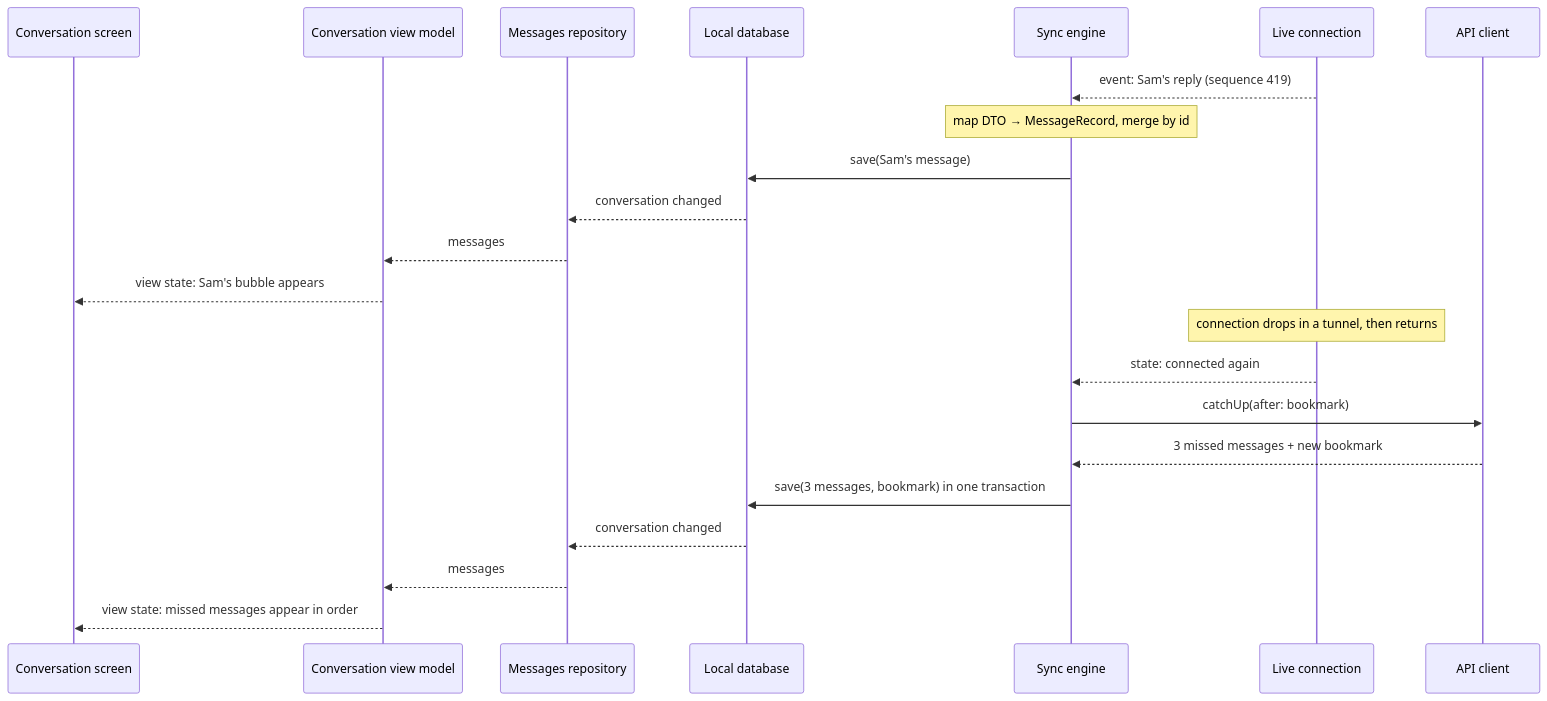
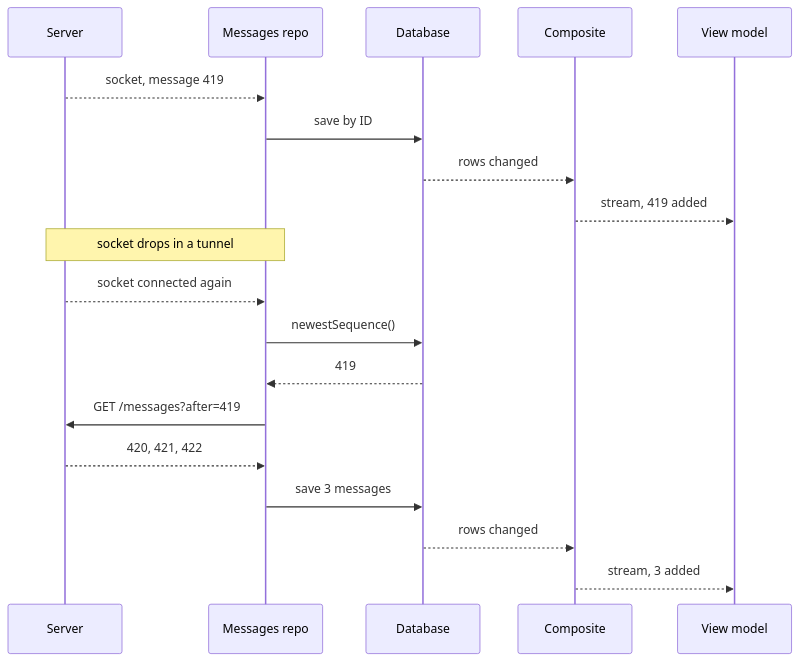
The third of 4 diagrams in topics/system-design/03-chat-client.md (rezabina86/reference-desk), drawn with Mermaid before and after one commit. The commit also changed other lines of this file and 5 other files, not shown here.

````diff
--- a/topics/system-design/03-chat-client.md
+++ b/topics/system-design/03-chat-client.md
@@ -549,24 +364,21 @@
 ```mermaid
 sequenceDiagram
-  participant V as Conversation screen
-  participant VM as Conversation view model
-  participant R as Messages repository
-  participant DB as Local database
-  participant Y as Sync engine
-  participant S as Live connection
-  participant A as API client
-  S-->>Y: event: Sam's reply (sequence 419)
-  Note over Y: map DTO → MessageRecord, merge by id
-  Y->>DB: save(Sam's message)
-  DB-->>R: conversation changed
-  R-->>VM: messages
-  VM-->>V: view state: Sam's bubble appears
-  Note over S: connection drops in a tunnel, then returns
-  S-->>Y: state: connected again
-  Y->>A: catchUp(after: bookmark)
-  A-->>Y: 3 missed messages + new bookmark
-  Y->>DB: save(3 messages, bookmark) in one transaction
-  DB-->>R: conversation changed
-  R-->>VM: messages
-  VM-->>V: view state: missed messages appear in order
+  participant S as Server
+  participant M as Messages repo
+  participant DB as Database
+  participant C as Composite
+  participant VM as View model
+  S-->>M: socket, message 419
+  M->>DB: save by ID
+  DB-->>C: rows changed
+  C-->>VM: stream, 419 added
+  Note over S,M: socket drops in a tunnel
+  S-->>M: socket connected again
+  M->>DB: newestSequence()
+  DB-->>M: 419
+  M->>S: GET /messages?after=419
+  S-->>M: 420, 421, 422
+  M->>DB: save 3 messages
+  DB-->>C: rows changed
+  C-->>VM: stream, 3 added
 ```
````
